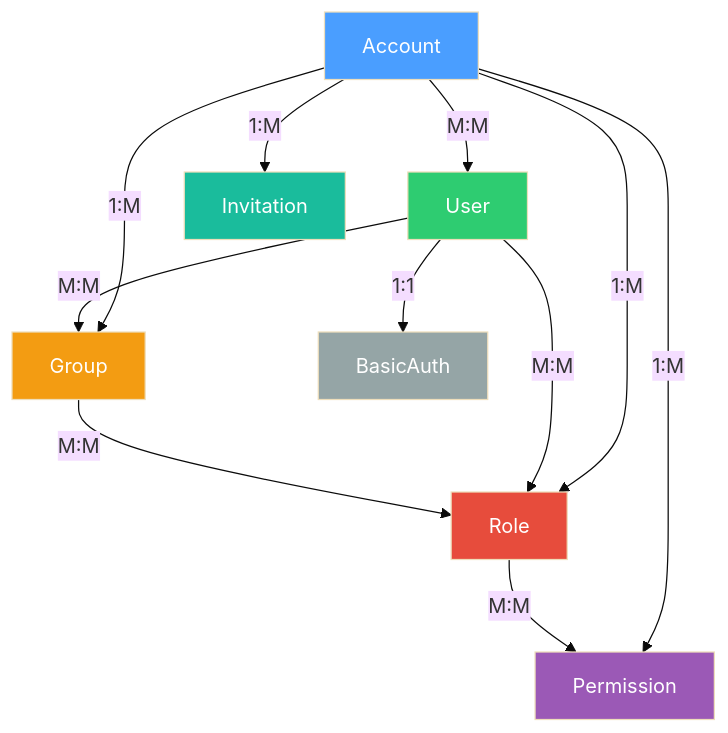
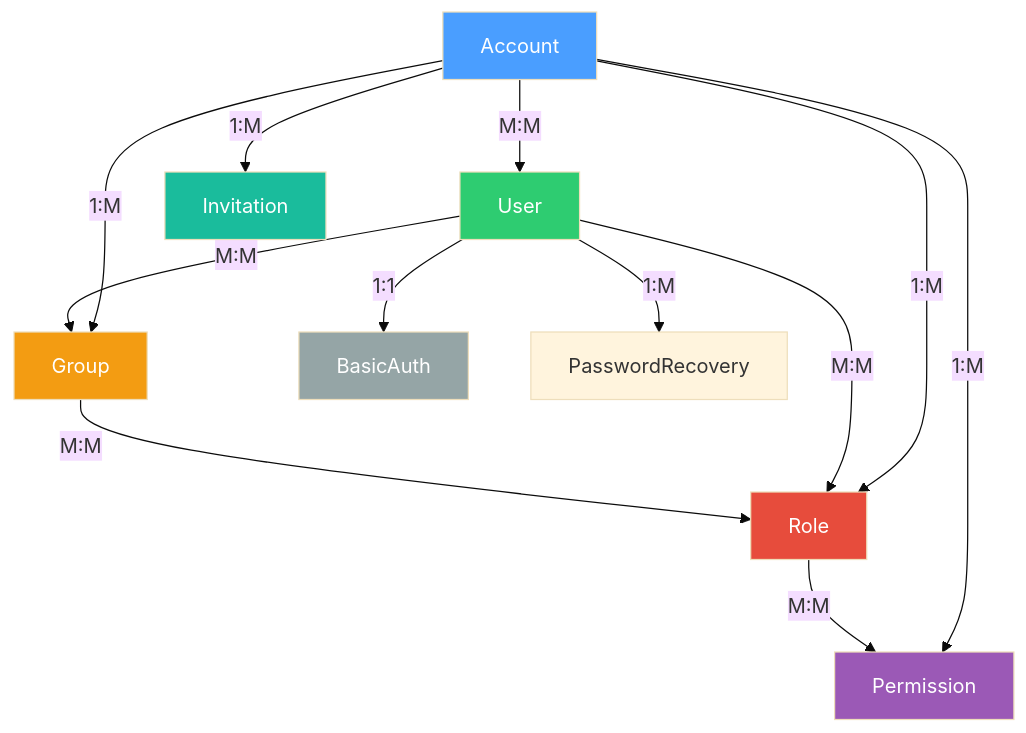
The diagram in Corely.IAM/Docs/domains/index.md (ultrabstrong/Corely.IAM), drawn with Mermaid (base theme) before and after one commit. The commit also changed other lines of this file and 60 other files, not shown here.

First line of the commit message:
Add password recovery flow

````diff
--- a/Corely.IAM/Docs/domains/index.md
+++ b/Corely.IAM/Docs/domains/index.md
@@ -7,21 +7,22 @@
 ```mermaid
 graph TD
     A[Account] -->|M:M| U[User]
     A -->|1:M| G[Group]
     A -->|1:M| R[Role]
     A -->|1:M| P[Permission]
     A -->|1:M| I[Invitation]
     U -->|M:M| G
     U -->|M:M| R
     U -->|1:1| B[BasicAuth]
+    U -->|1:M| PR[PasswordRecovery]
     G -->|M:M| R
     R -->|M:M| P
 
     style A fill:#4a9eff,color:#fff
     style U fill:#2ecc71,color:#fff
     style G fill:#f39c12,color:#fff
     style R fill:#e74c3c,color:#fff
     style P fill:#9b59b6,color:#fff
     style I fill:#1abc9c,color:#fff
     style B fill:#95a5a6,color:#fff
 ```
````
